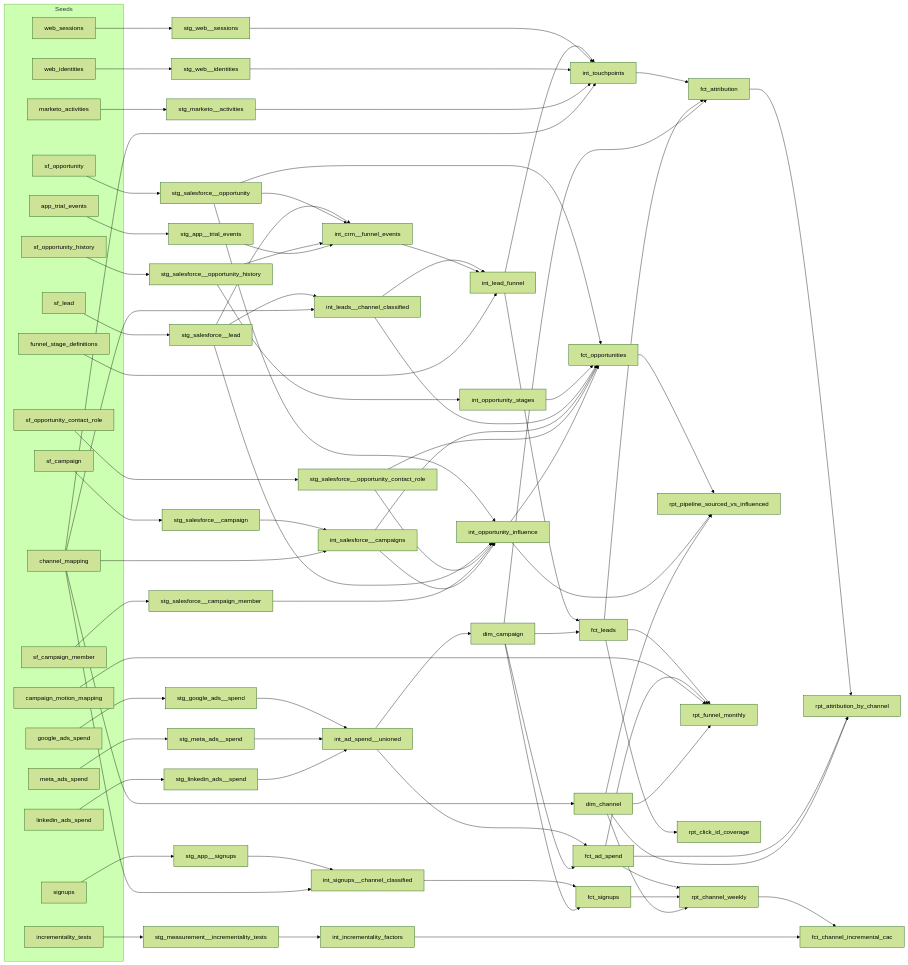
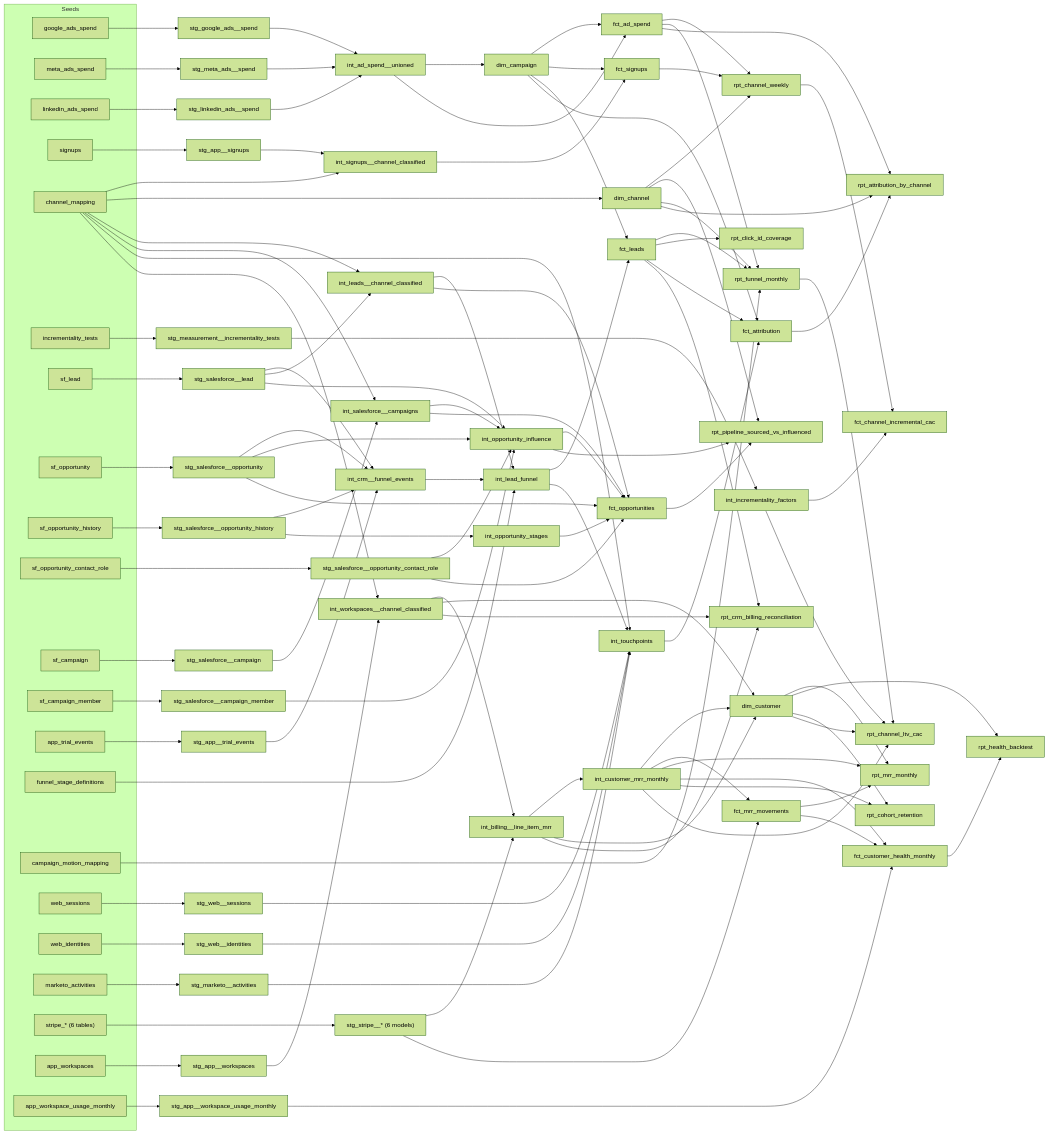
Before and after one commit to tcmiyamoto/paid-media-mart: the diagram in README.md, drawn with Mermaid (forest theme). The commit also changed other lines of this file and 41 other files, not shown here.

First line of the commit message:
Add revenue retention layer: billing, product usage, NRR, health score

````diff
--- a/README.md
+++ b/README.md
@@ -15,61 +17,78 @@
 ```mermaid
 flowchart LR
     subgraph Seeds
         G[google_ads_spend]
         M[meta_ads_spend]
         L[linkedin_ads_spend]
         S[signups]
         CM[channel_mapping]
         IT[incrementality_tests]
         SFL[sf_lead]
         SFO[sf_opportunity]
         SFH[sf_opportunity_history]
         SFR[sf_opportunity_contact_role]
         SFC[sf_campaign]
         SFM[sf_campaign_member]
         TE[app_trial_events]
         SD[funnel_stage_definitions]
         MM[campaign_motion_mapping]
         WS[web_sessions]
         WI[web_identities]
         MA[marketo_activities]
+        SP["stripe_* (6 tables)"]
+        AW[app_workspaces]
+        AU[app_workspace_usage_monthly]
     end
     G --> SG[stg_google_ads__spend]
     M --> SM[stg_meta_ads__spend]
     L --> SL[stg_linkedin_ads__spend]
     S --> SS[stg_app__signups]
     SG & SM & SL --> IU[int_ad_spend__unioned]
     SS & CM --> IC[int_signups__channel_classified]
     IU --> DCa[dim_campaign]
     CM --> DCh[dim_channel]
     IU & DCa --> FA[fct_ad_spend]
     IC & DCa --> FS[fct_signups]
     FA & FS & DCh --> R[rpt_channel_weekly]
     IT --> ST[stg_measurement__incrementality_tests]
     ST --> IF[int_incrementality_factors]
     R & IF --> IC2[fct_channel_incremental_cac]
     SFL --> SLD[stg_salesforce__lead]
     SFO --> SOP[stg_salesforce__opportunity]
     SFH --> SOH[stg_salesforce__opportunity_history]
     SFR --> SOR[stg_salesforce__opportunity_contact_role]
     SFC --> SCA[stg_salesforce__campaign]
     SFM --> SCM[stg_salesforce__campaign_member]
     TE --> STE[stg_app__trial_events]
     SLD & SOP & SOH & STE --> SFE[int_crm__funnel_events]
     SLD & CM --> ILC[int_leads__channel_classified]
     ILC & SFE & SD --> ILF[int_lead_funnel]
     ILF & DCa --> FL[fct_leads]
     SCA & CM --> ISC[int_salesforce__campaigns]
     SOH --> IOS[int_opportunity_stages]
     SOP & SLD & SOR & SCM & ISC --> IOI[int_opportunity_influence]
     SOP & IOS & ILC & ISC & SOR & IOI --> FO[fct_opportunities]
     FO & IOI & DCh --> RPS[rpt_pipeline_sourced_vs_influenced]
     FL & FA & MM & DCh --> RF[rpt_funnel_monthly]
     FL --> RC[rpt_click_id_coverage]
     WS --> SWS[stg_web__sessions]
     WI --> SWI[stg_web__identities]
     MA --> SMA[stg_marketo__activities]
     ILF & SWS & SWI & SMA & CM --> TP[int_touchpoints]
     TP & FL & DCa --> FAT[fct_attribution]
     FAT & FA & DCh --> RA[rpt_attribution_by_channel]
+    SP --> SSP["stg_stripe__* (6 models)"]
+    AW --> SAW[stg_app__workspaces]
+    AU --> SAU[stg_app__workspace_usage_monthly]
+    SAW & CM --> IWC[int_workspaces__channel_classified]
+    SSP & IWC --> ILM[int_billing__line_item_mrr]
+    ILM --> ICM[int_customer_mrr_monthly]
+    ICM & IWC & ILM --> DCu[dim_customer]
+    ICM & SSP --> FMM[fct_mrr_movements]
+    FMM & ICM & DCu --> RMM[rpt_mrr_monthly]
+    ICM & SAU & FMM --> FCH[fct_customer_health_monthly]
+    FCH & DCu --> RHB[rpt_health_backtest]
+    ICM & DCu --> RCR[rpt_cohort_retention]
+    ICM & DCu & RF & IF --> RLC[rpt_channel_ltv_cac]
+    FL & IWC & ILM --> RCB[rpt_crm_billing_reconciliation]
 ```
````
